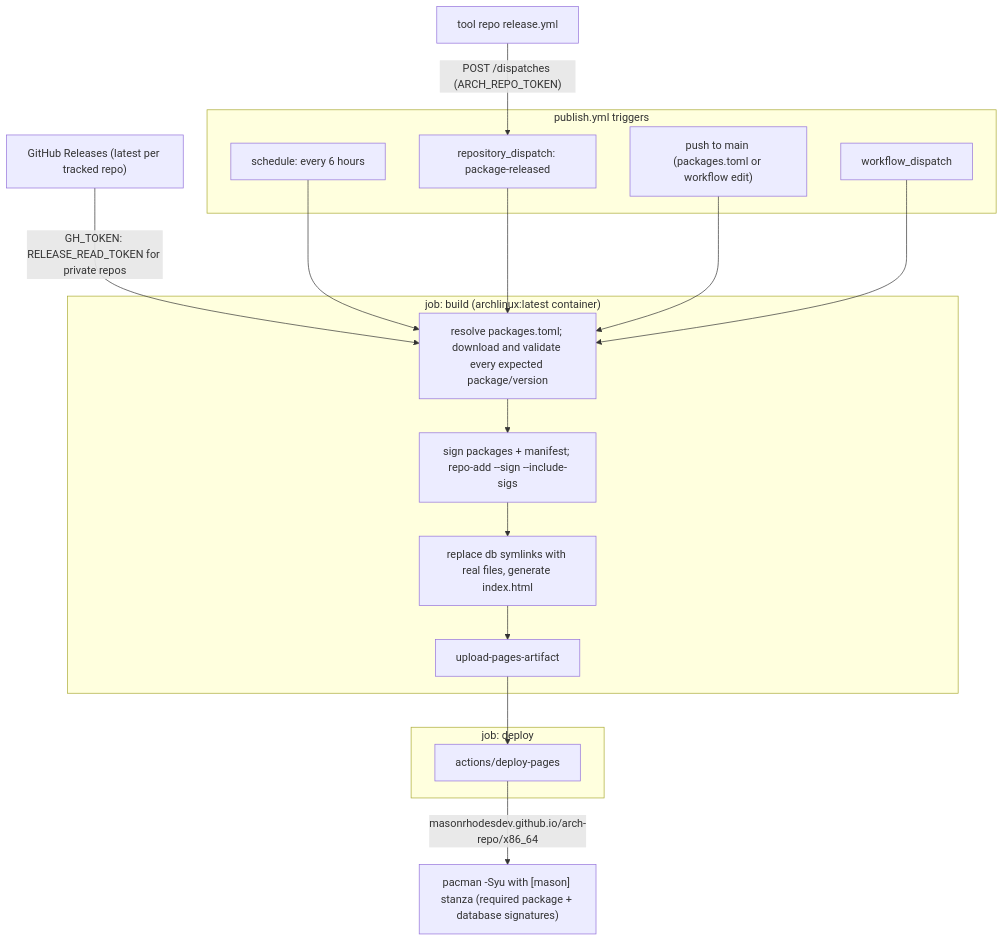
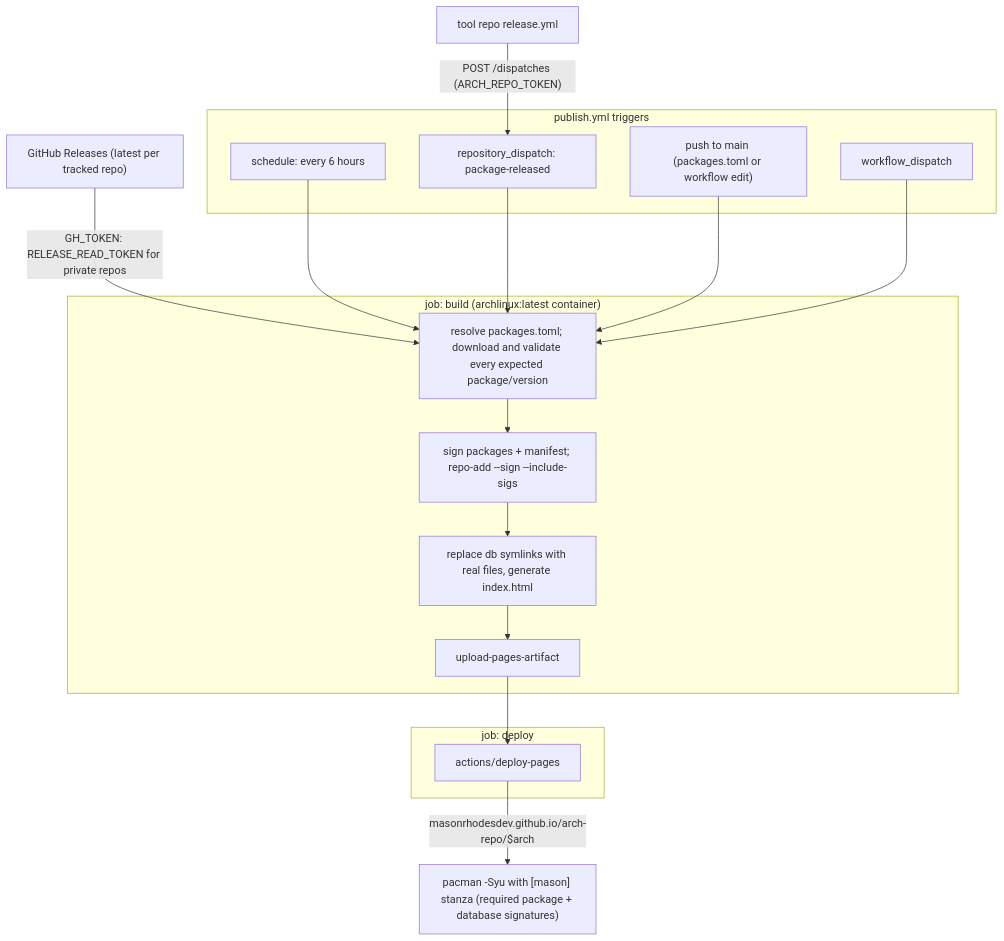
Before and after one commit to MasonRhodesDev/arch-repo: the diagram in README.md, drawn with Mermaid. The commit also changed other lines of this file and 1 other file, not shown here.

````diff
--- a/README.md
+++ b/README.md
@@ -65,30 +72,30 @@
 ```mermaid
 flowchart TD
     subgraph triggers ["publish.yml triggers"]
         cron["schedule: every 6 hours"]
         dispatch["repository_dispatch: package-released"]
         push["push to main (packages.toml or workflow edit)"]
         manual["workflow_dispatch"]
     end
 
     subgraph build ["job: build (archlinux:latest container)"]
         download["resolve packages.toml; download and validate every expected package/version"]
         sign["sign packages + manifest; repo-add --sign --include-sigs"]
         copy["replace db symlinks with real files, generate index.html"]
         artifact["upload-pages-artifact"]
     end
 
     subgraph deploy ["job: deploy"]
         deploypages["actions/deploy-pages"]
     end
 
     release["tool repo release.yml"] -->|"POST /dispatches (ARCH_REPO_TOKEN)"| dispatch
     releases["GitHub Releases (latest per tracked repo)"] -->|"GH_TOKEN: RELEASE_READ_TOKEN for private repos"| download
     cron --> download
     dispatch --> download
     push --> download
     manual --> download
     download --> sign --> copy --> artifact
     artifact --> deploypages
-    deploypages -->|"masonrhodesdev.github.io/arch-repo/x86_64"| client["pacman -Syu with [mason] stanza (required package + database signatures)"]
+    deploypages -->|"masonrhodesdev.github.io/arch-repo/$arch"| client["pacman -Syu with [mason] stanza (required package + database signatures)"]
 ```
````
